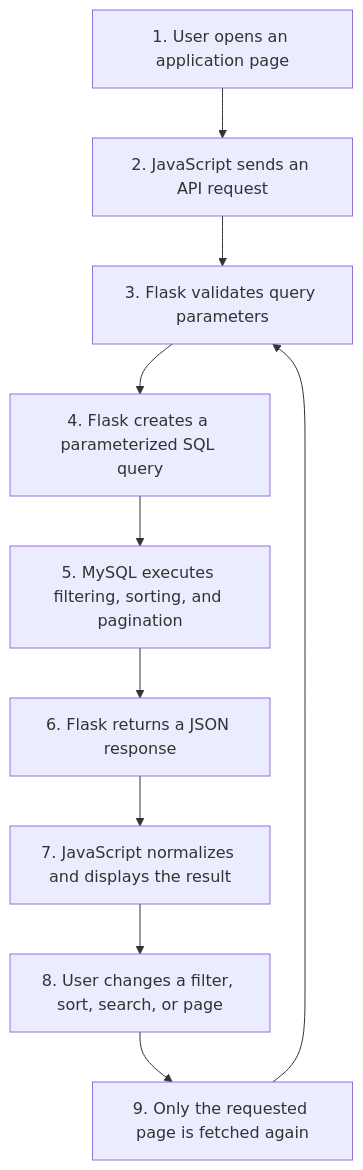
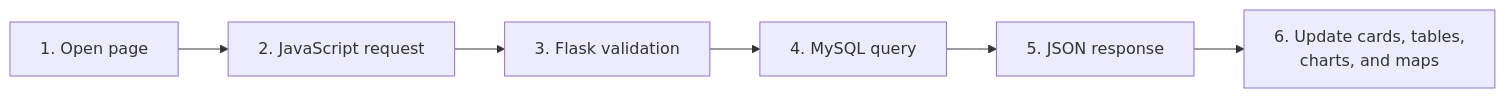
One commit to mussabtaha/Traditional-Governance-Data-Analytics-and-Visualization-Platform changed the second of 2 diagrams in README.md. Above: the diagram before and after it, drawn with Mermaid. The commit also changed other lines of this file and 11 other files, not shown here.

````diff
--- a/README.md
+++ b/README.md
@@ -144,12 +192,8 @@
 ```mermaid
-flowchart TD
-    S["1. User opens an application page"] --> J["2. JavaScript sends an API request"]
-    J --> V["3. Flask validates query parameters"]
-    V --> Q["4. Flask creates a parameterized SQL query"]
-    Q --> M["5. MySQL executes filtering, sorting, and pagination"]
-    M --> R["6. Flask returns a JSON response"]
-    R --> N["7. JavaScript normalizes and displays the result"]
-    N --> I["8. User changes a filter, sort, search, or page"]
-    I --> P["9. Only the requested page is fetched again"]
-    P --> V
+flowchart LR
+    S["1. Open page"] --> J["2. JavaScript request"]
+    J --> V["3. Flask validation"]
+    V --> M["4. MySQL query"]
+    M --> R["5. JSON response"]
+    R --> N["6. Update cards, tables,<br/>charts, and maps"]
 ```
````
